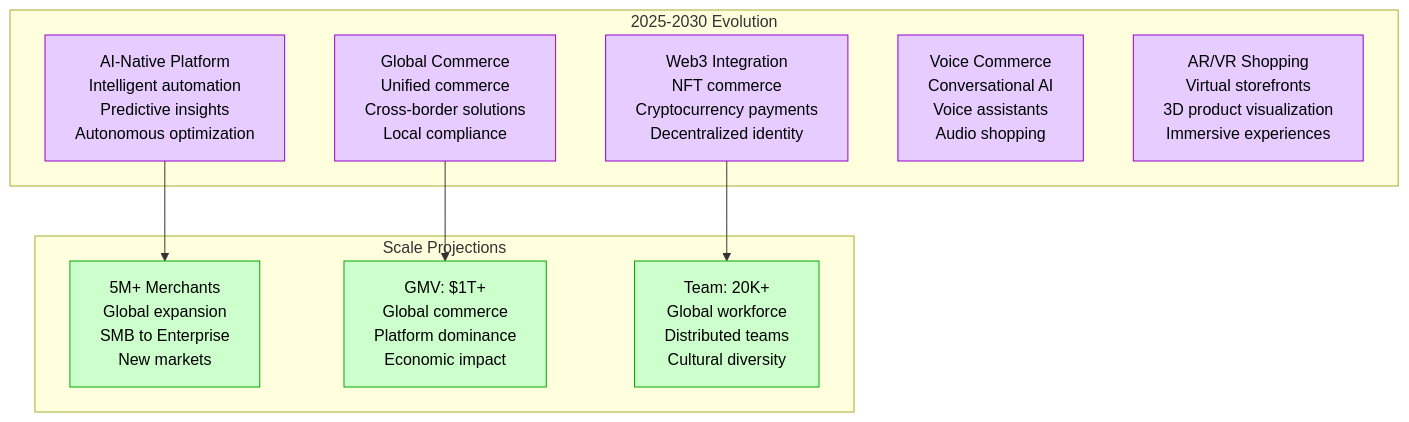
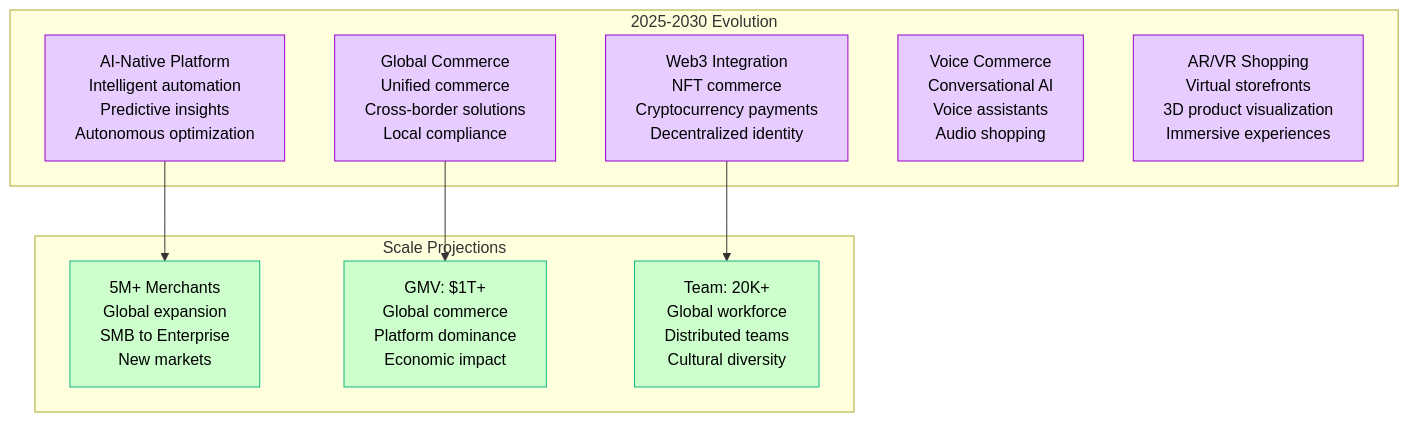
The tenth of 10 diagrams in site/docs/systems/shopify/scale-evolution.md (deepaucksharma/DS), drawn with Mermaid before and after one commit. The commit also changed other lines of this file and 303 other files, not shown here.

````diff
--- a/site/docs/systems/shopify/scale-evolution.md
+++ b/site/docs/systems/shopify/scale-evolution.md
@@ -466,33 +466,33 @@
 ```mermaid
 graph TB
     subgraph "2025-2030 Evolution"
         AI_NATIVE[AI-Native Platform<br/>Intelligent automation<br/>Predictive insights<br/>Autonomous optimization]
 
         GLOBAL_COMMERCE[Global Commerce<br/>Unified commerce<br/>Cross-border solutions<br/>Local compliance]
 
         WEB3_INTEGRATION[Web3 Integration<br/>NFT commerce<br/>Cryptocurrency payments<br/>Decentralized identity]
 
         VOICE_COMMERCE[Voice Commerce<br/>Conversational AI<br/>Voice assistants<br/>Audio shopping]
 
         AR_VR_SHOPPING[AR/VR Shopping<br/>Virtual storefronts<br/>3D product visualization<br/>Immersive experiences]
     end
 
     subgraph "Scale Projections"
         MERCHANTS_2030[5M+ Merchants<br/>Global expansion<br/>SMB to Enterprise<br/>New markets]
 
         GMV_2030[GMV: $1T+<br/>Global commerce<br/>Platform dominance<br/>Economic impact]
 
         TEAM_2030[Team: 20K+<br/>Global workforce<br/>Distributed teams<br/>Cultural diversity]
     end
 
     AI_NATIVE --> MERCHANTS_2030
     GLOBAL_COMMERCE --> GMV_2030
     WEB3_INTEGRATION --> TEAM_2030
 
     %% Apply future colors
     classDef futureStyle fill:#E6CCFF,stroke:#9900CC,color:#000
-    classDef projectionStyle fill:#CCFFCC,stroke:#00AA00,color:#000
+    classDef projectionStyle fill:#CCFFCC,stroke:#10B981,color:#000
 
     class AI_NATIVE,GLOBAL_COMMERCE,WEB3_INTEGRATION,VOICE_COMMERCE,AR_VR_SHOPPING futureStyle
     class MERCHANTS_2030,GMV_2030,TEAM_2030 projectionStyle
 ```
````
